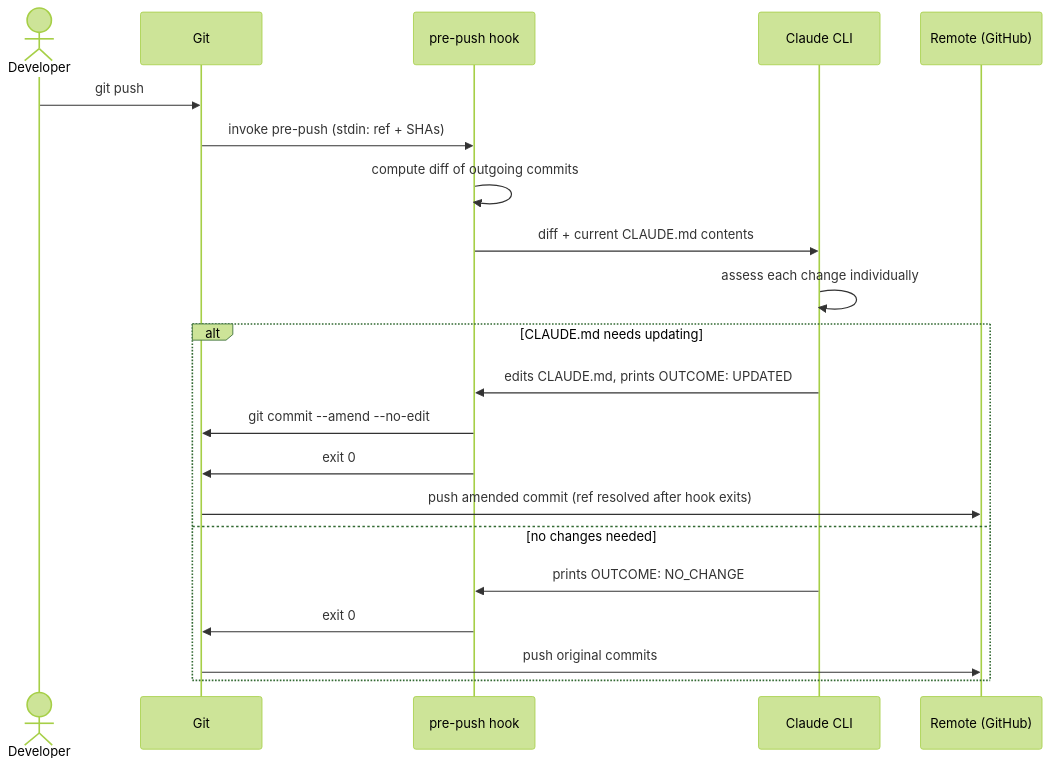
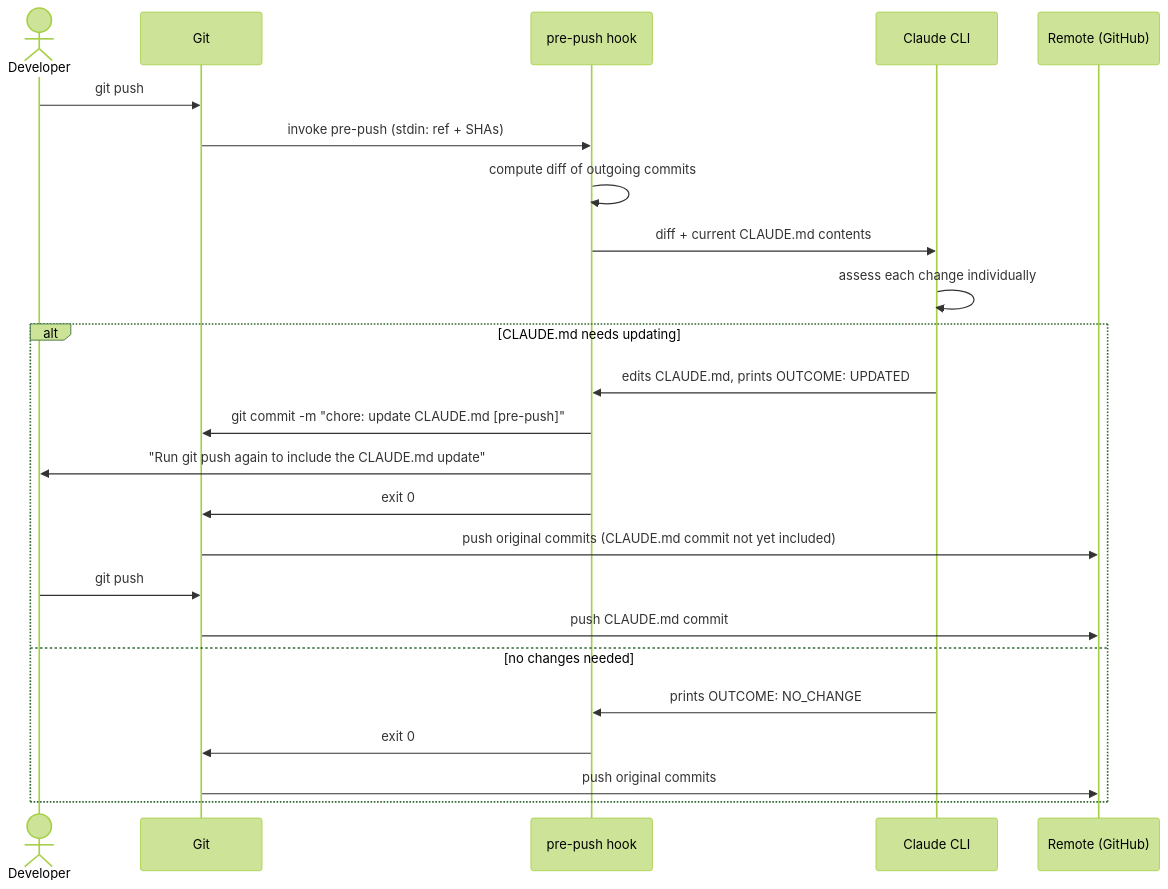
The diagram in README.md (edwarddamato/claude-git-hooks), drawn with Mermaid (forest theme) before and after one commit. The commit also changed other lines of this file, not shown here.

Commit message:
docs: update README to reflect current hook behaviour

````diff
--- a/README.md
+++ b/README.md
@@ -45,25 +44,28 @@
 ```mermaid
 sequenceDiagram
     actor Dev as Developer
     participant Git as Git
     participant Hook as pre-push hook
     participant Claude as Claude CLI
     participant Remote as Remote (GitHub)
 
     Dev->>Git: git push
     Git->>Hook: invoke pre-push (stdin: ref + SHAs)
     Hook->>Hook: compute diff of outgoing commits
     Hook->>Claude: diff + current CLAUDE.md contents
     Claude->>Claude: assess each change individually
 
     alt CLAUDE.md needs updating
         Claude->>Hook: edits CLAUDE.md, prints OUTCOME: UPDATED
-        Hook->>Git: git commit --amend --no-edit
+        Hook->>Git: git commit -m "chore: update CLAUDE.md [pre-push]"
+        Hook->>Dev: "Run git push again to include the CLAUDE.md update"
         Hook->>Git: exit 0
-        Git->>Remote: push amended commit (ref resolved after hook exits)
+        Git->>Remote: push original commits (CLAUDE.md commit not yet included)
+        Dev->>Git: git push
+        Git->>Remote: push CLAUDE.md commit
     else no changes needed
         Claude->>Hook: prints OUTCOME: NO_CHANGE
         Hook->>Git: exit 0
         Git->>Remote: push original commits
     end
 ```
````
